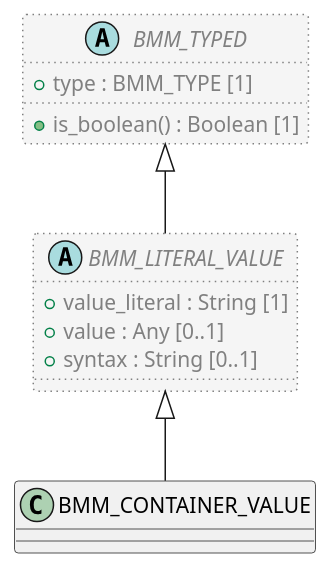
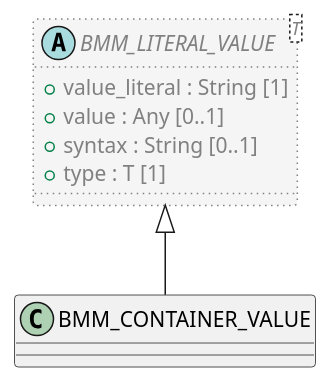
Before and after one commit to sebastian-iancu/code-generator: the diagram in code/Adoc/openehr_lang_1.1.0/plantUML/classes/org.openehr.lang.bmm.bmm_container_value.adoc, drawn with PlantUML. The commit also changed 719 other files, not shown here.

```diff
--- a/code/Adoc/openehr_lang_1.1.0/plantUML/classes/org.openehr.lang.bmm.bmm_container_value.adoc
+++ b/code/Adoc/openehr_lang_1.1.0/plantUML/classes/org.openehr.lang.bmm.bmm_container_value.adoc
@@ -1,25 +1,19 @@
 [plantuml,BMM_CONTAINER_VALUE,format=svg,svg-type="inline"]
 -----
 @startuml
 
 class BMM_CONTAINER_VALUE {
 }
 
-abstract class BMM_LITERAL_VALUE  #whitesmoke;line:gray;line.dotted;text:gray {
+abstract class BMM_LITERAL_VALUE <T>  #whitesmoke;line:gray;line.dotted;text:gray {
   + value_literal : String [1]
   + value : Any [0..1]
   + syntax : String [0..1]
+  + type : T [1]
 }
-
-abstract class BMM_TYPED  #whitesmoke;line:gray;line.dotted;text:gray {
-  + type : BMM_TYPE [1]
-  + is_boolean() : Boolean [1]
-}
-
-BMM_TYPED <|-- BMM_LITERAL_VALUE
 
 BMM_LITERAL_VALUE <|-- BMM_CONTAINER_VALUE
 
 
 @enduml
 -----
```
